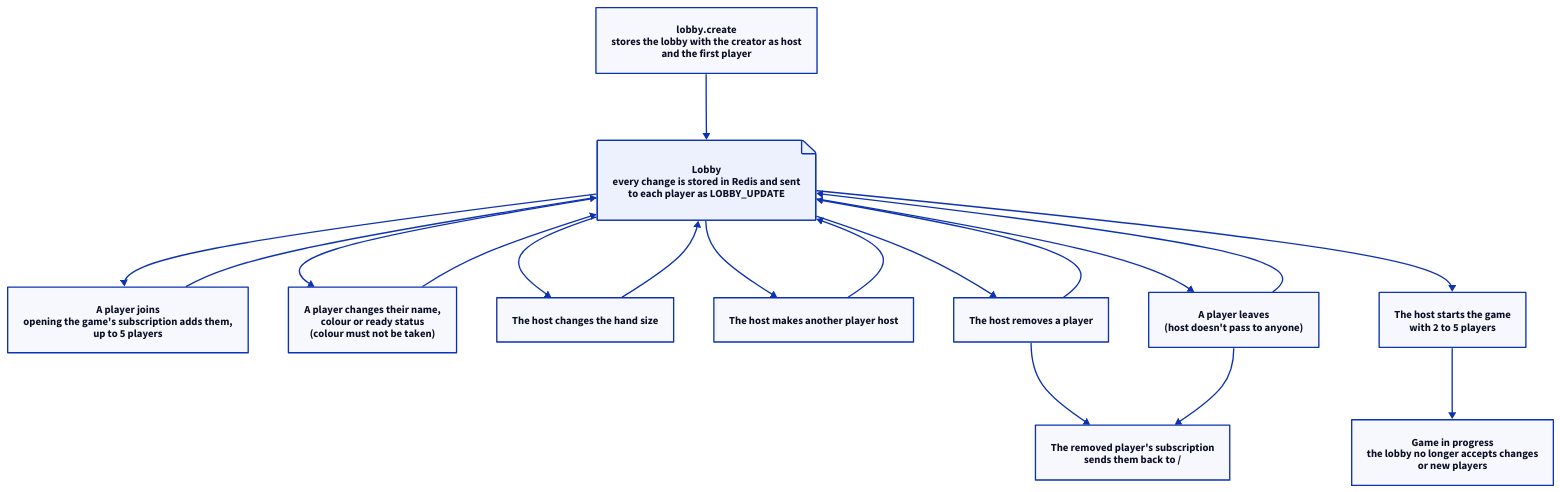
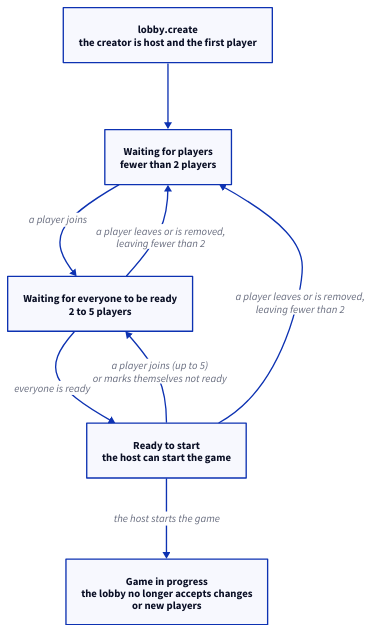
Before and after one commit to alastair-smith/card-games: the diagram in apps/docs/diagrams/flows/lobby.d2, drawn with D2. The commit also changed 2 other files, not shown here.

Commit message:
📚 Show how the lobby gets to the start in its lifecycle diagram
Redraw the lobby lifecycle as the stages it moves through before the
game starts, from waiting for players to waiting for everyone to be ready
to ready to start, and what moves it back a step. List what the host and
every player can change in a table beneath it.

```diff
--- a/apps/docs/diagrams/flows/lobby.d2
+++ b/apps/docs/diagrams/flows/lobby.d2
@@ -1,39 +1,19 @@
 direction: down
 
-create: "lobby.create\nstores the lobby with the creator as host\nand the first player"
+create: "lobby.create\nthe creator is host and the first player"
 
-lobby: "Lobby\nevery change is stored in Redis and sent\nto each player as LOBBY_UPDATE" {
-  shape: page
-}
-
-join: "A player joins\nopening the game's subscription adds them,\nup to 5 players"
-update-player: "A player changes their name,\ncolour or ready status\n(colour must not be taken)"
-settings: "The host changes the hand size"
-make-host: "The host makes another player host"
-kick: "The host removes a player"
-leave: "A player leaves\n(host doesn't pass to anyone)"
-removed: "The removed player's subscription\nsends them back to /"
-
-start: "The host starts the game\nwith 2 to 5 players"
+waiting-for-players: "Waiting for players\nfewer than 2 players"
+waiting-for-ready: "Waiting for everyone to be ready\n2 to 5 players"
+ready: "Ready to start\nthe host can start the game"
 in-progress: "Game in progress\nthe lobby no longer accepts changes\nor new players"
 
-create -> lobby
+create -> waiting-for-players
+waiting-for-players -> waiting-for-ready: "a player joins"
+waiting-for-ready -> ready: "everyone is ready"
+ready -> in-progress: "the host starts the game"
 
-lobby -> join
-lobby -> update-player
-lobby -> settings
-lobby -> make-host
-lobby -> kick
-lobby -> leave
-
-join -> lobby
-update-player -> lobby
-settings -> lobby
-make-host -> lobby
-kick -> lobby
-leave -> lobby
-kick -> removed
-leave -> removed
-
-lobby -> start
-start -> in-progress
+# Steps back are written from the earlier stage, so the layout keeps the
+# stages in order from top to bottom
+waiting-for-ready <- ready: "a player joins (up to 5)\nor marks themselves not ready"
+waiting-for-players <- waiting-for-ready: "a player leaves or is removed,\nleaving fewer than 2"
+waiting-for-players <- ready: "a player leaves or is removed,\nleaving fewer than 2"
```
